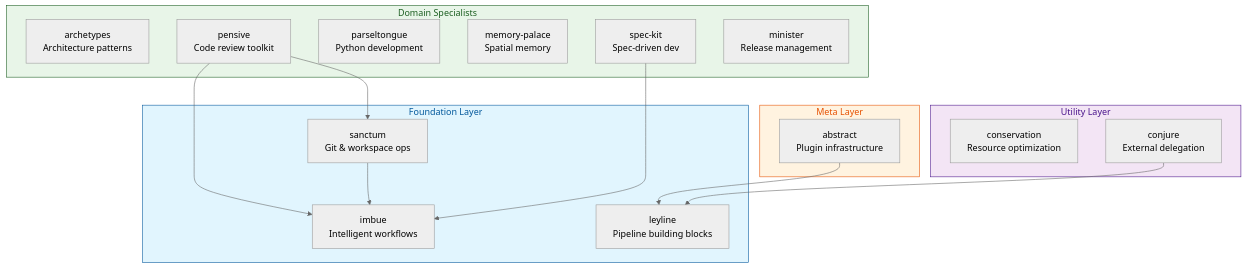
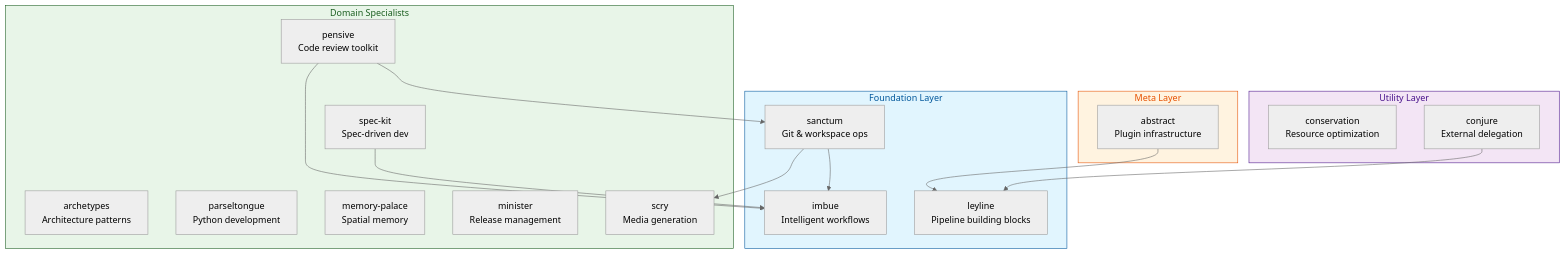
Before and after one commit to athola/claude-night-market: the diagram in README.md, drawn with Mermaid (neutral theme). The commit also changed other lines of this file and 192 other files, not shown here.

First line of the commit message:
feat(scry): add media generation plugin and bump ecosystem to v1.1.0

````diff
--- a/README.md
+++ b/README.md
@@ -174,38 +184,40 @@
 ```mermaid
 graph TB
     subgraph Meta[Meta Layer]
         abstract[abstract<br/>Plugin infrastructure]
     end
 
     subgraph Foundation[Foundation Layer]
         imbue[imbue<br/>Intelligent workflows]
         sanctum[sanctum<br/>Git & workspace ops]
         leyline[leyline<br/>Pipeline building blocks]
     end
 
     subgraph Utility[Utility Layer]
         conservation[conservation<br/>Resource optimization]
         conjure[conjure<br/>External delegation]
     end
 
     subgraph Domain[Domain Specialists]
         archetypes[archetypes<br/>Architecture patterns]
         pensive[pensive<br/>Code review toolkit]
         parseltongue[parseltongue<br/>Python development]
         memory_palace[memory-palace<br/>Spatial memory]
         spec_kit[spec-kit<br/>Spec-driven dev]
         minister[minister<br/>Release management]
+        scry[scry<br/>Media generation]
     end
 
     abstract --> leyline
     pensive --> imbue
     pensive --> sanctum
     sanctum --> imbue
+    sanctum --> scry
     conjure --> leyline
     spec_kit --> imbue
 
     style Meta fill:#fff3e0,stroke:#e65100,color:#e65100
     style Foundation fill:#e1f5fe,stroke:#01579b,color:#01579b
     style Utility fill:#f3e5f5,stroke:#4a148c,color:#4a148c
     style Domain fill:#e8f5e8,stroke:#1b5e20,color:#1b5e20
 ```
````
